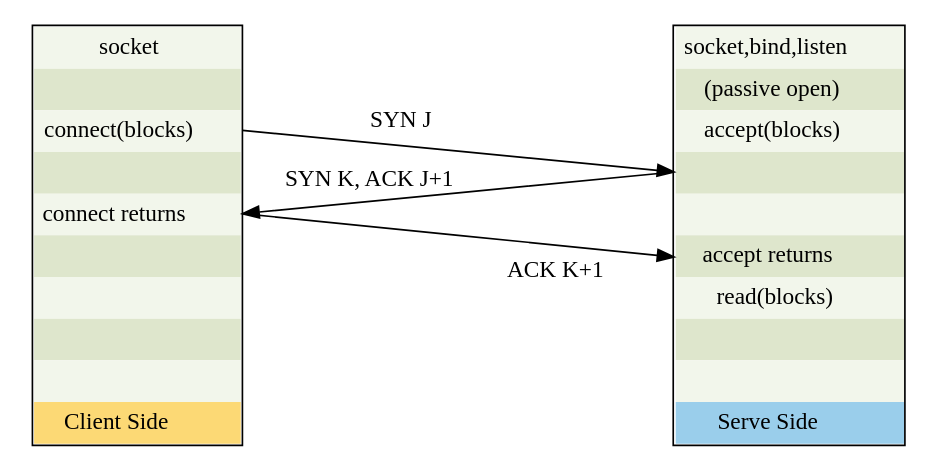
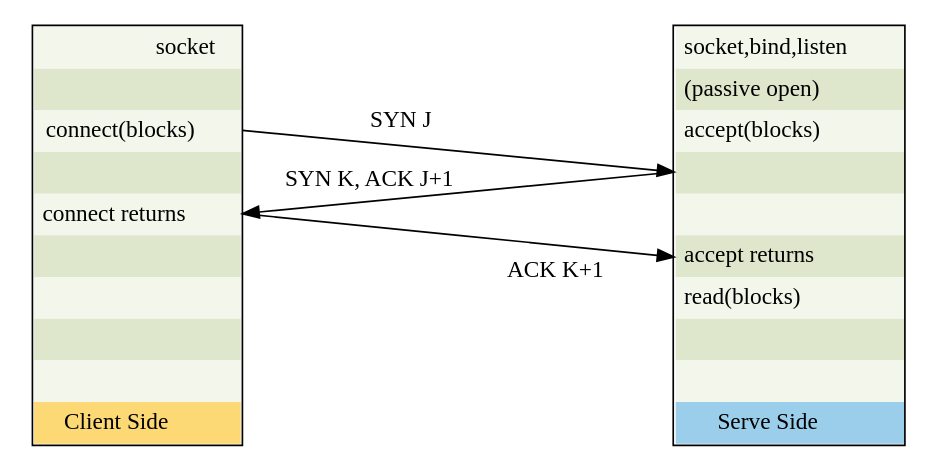
The diagram in unp/tcp_3_way.dot (harrifeng/dot_summary), drawn with Graphviz before and after one commit. The commit also changed 1 other file, not shown here.

```diff
--- a/unp/tcp_3_way.dot
+++ b/unp/tcp_3_way.dot
@@ -1,38 +1,38 @@
 digraph structs {
     splines=false;
     node[shape=plaintext];
 
     struct_c[label=<
              <table border="1" cellborder="0" cellspacing="0" cellpadding="5" >
-             <tr><td port="f0"  bgcolor="#F2F6EB">socket</td></tr>
-             <tr><td port="f1"  bgcolor="#DEE6CC">  </td></tr>
-             <tr><td port="f2"  bgcolor="#F2F6EB">connect(blocks)</td></tr>
-             <tr><td port="f3"  bgcolor="#DEE6CC"> </td></tr>
-             <tr><td port="f4"  bgcolor="#F2F6EB">connect returns</td></tr>
-             <tr><td port="f5"  bgcolor="#DEE6CC"> </td></tr>
-             <tr><td port="f6"  bgcolor="#F2F6EB"> </td></tr>
-             <tr><td port="f7"  bgcolor="#DEE6CC"> </td></tr>
-             <tr><td port="f10" bgcolor="#F2F6EB"> </td></tr>
-             <tr><td port="f11" bgcolor="#FCD975"> Client Side </td></tr>
+             <tr><td port="f0"  bgcolor="#F2F6EB" align="right">socket</td></tr>
+             <tr><td port="f1"  bgcolor="#DEE6CC" align="right">  </td></tr>
+             <tr><td port="f2"  bgcolor="#F2F6EB" align="right">connect(blocks)</td></tr>
+             <tr><td port="f3"  bgcolor="#DEE6CC" align="right"> </td></tr>
+             <tr><td port="f4"  bgcolor="#F2F6EB" align="right">connect returns</td></tr>
+             <tr><td port="f5"  bgcolor="#DEE6CC" align="right"> </td></tr>
+             <tr><td port="f6"  bgcolor="#F2F6EB" align="right"> </td></tr>
+             <tr><td port="f7"  bgcolor="#DEE6CC" align="right"> </td></tr>
+             <tr><td port="f10" bgcolor="#F2F6EB" align="right"> </td></tr>
+             <tr><td port="f11" bgcolor="#FCD975" > Client Side </td></tr>
              </table>
              >];
     struct_s[label=<
              <table border="1" cellborder="0" cellspacing="0" cellpadding="5" >
-             <tr><td port="f0"  bgcolor="#F2F6EB">socket,bind,listen</td></tr>
-             <tr><td port="f1"  bgcolor="#DEE6CC">(passive open)</td></tr>
-             <tr><td port="f2"  bgcolor="#F2F6EB">accept(blocks)</td></tr>
-             <tr><td port="f3"  bgcolor="#DEE6CC"> </td></tr>
-             <tr><td port="f4"  bgcolor="#F2F6EB"> </td></tr>
-             <tr><td port="f5"  bgcolor="#DEE6CC">accept returns</td></tr>
-             <tr><td port="f6"  bgcolor="#F2F6EB">read(blocks)</td></tr>
-             <tr><td port="f9"  bgcolor="#DEE6CC"> </td></tr>
-             <tr><td port="f10" bgcolor="#F2F6EB"> </td></tr>
-             <tr><td port="f11" bgcolor="#9ACEEB"> Serve Side </td></tr>
+             <tr><td port="f0"  bgcolor="#F2F6EB" align="left">socket,bind,listen</td></tr>
+             <tr><td port="f1"  bgcolor="#DEE6CC" align="left">(passive open)</td></tr>
+             <tr><td port="f2"  bgcolor="#F2F6EB" align="left">accept(blocks)</td></tr>
+             <tr><td port="f3"  bgcolor="#DEE6CC" align="left"> </td></tr>
+             <tr><td port="f4"  bgcolor="#F2F6EB" align="left"> </td></tr>
+             <tr><td port="f5"  bgcolor="#DEE6CC" align="left">accept returns</td></tr>
+             <tr><td port="f6"  bgcolor="#F2F6EB" align="left">read(blocks)</td></tr>
+             <tr><td port="f9"  bgcolor="#DEE6CC" align="left"> </td></tr>
+             <tr><td port="f10" bgcolor="#F2F6EB" align="left"> </td></tr>
+             <tr><td port="f11" bgcolor="#9ACEEB" > Serve Side </td></tr>
              </table>
              >];
     struct_c:f2 -> struct_s:f3[label="         SYN J                            "];
     struct_s:f3 -> struct_c:f4[xlabel="SYN K, ACK J+1"];
     struct_c:f4 -> struct_s:f5[label="                                  ACK K+1 "];
 
     {rank=same struct_c struct_s}
 }
```
